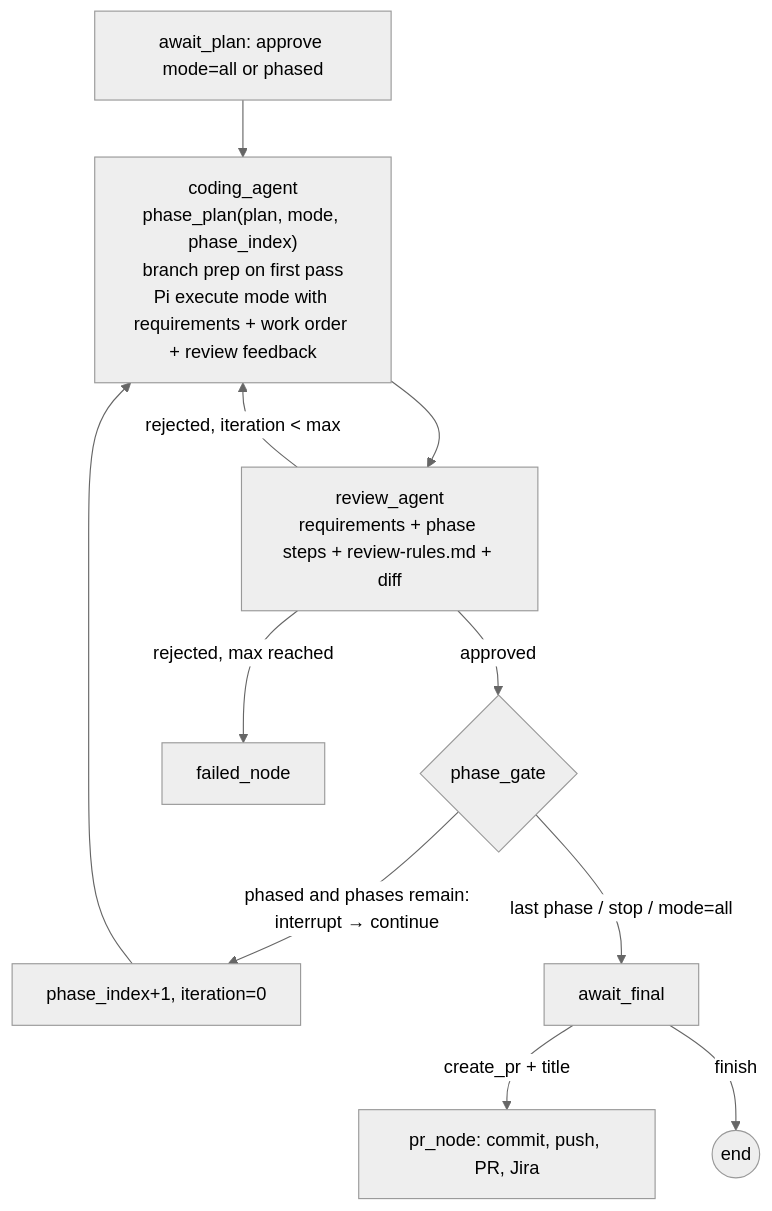
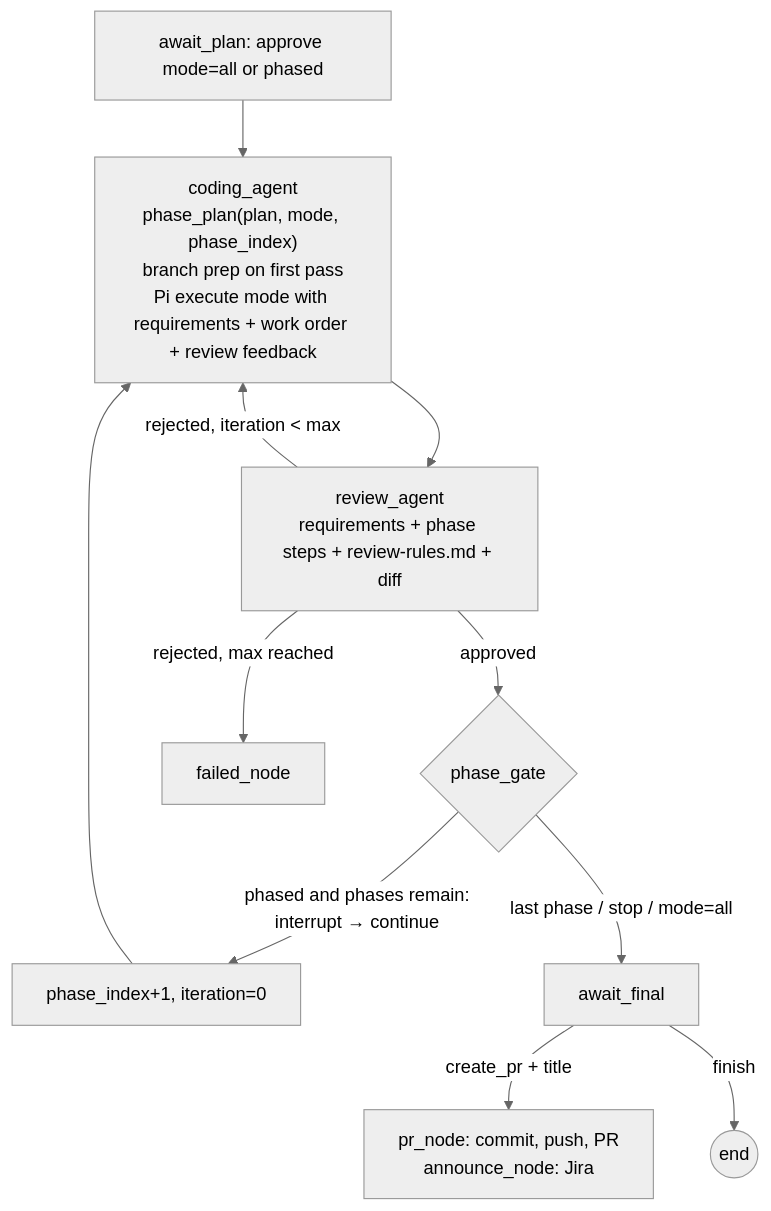
One commit to ashish-technia/pi-coding-agent changed the seventh of 8 diagrams in docs/docs/architecture/technical-design.md. Above: the diagram before and after it, drawn with Mermaid (neutral theme). The commit also changed other lines of this file and 11 other files, not shown here.

````diff
--- a/docs/docs/architecture/technical-design.md
+++ b/docs/docs/architecture/technical-design.md
@@ -291,13 +291,13 @@
 ```mermaid
 flowchart TD
   ap[await_plan: approve mode=all or phased] --> c
   c["coding_agent<br/>phase_plan(plan, mode, phase_index)<br/>branch prep on first pass<br/>Pi execute mode with requirements + work order + review feedback"]
   c --> r["review_agent<br/>requirements + phase steps + review-rules.md + diff"]
   r -- "approved" --> pg{phase_gate}
   r -- "rejected, iteration < max" --> c
   r -- "rejected, max reached" --> f[failed_node]
   pg -- "phased and phases remain:<br/>interrupt → continue" --> c2["phase_index+1, iteration=0"] --> c
   pg -- "last phase / stop / mode=all" --> fin[await_final]
-  fin -- "create_pr + title" --> pr[pr_node: commit, push, PR, Jira]
+  fin -- "create_pr + title" --> pr[pr_node: commit, push, PR<br/>announce_node: Jira]
   fin -- "finish" --> e((end))
 ```
````
